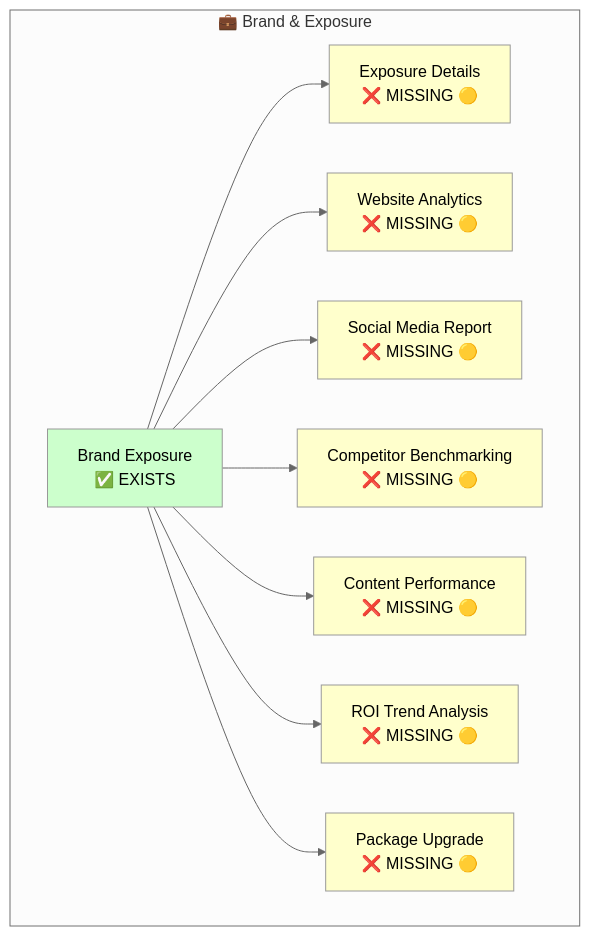
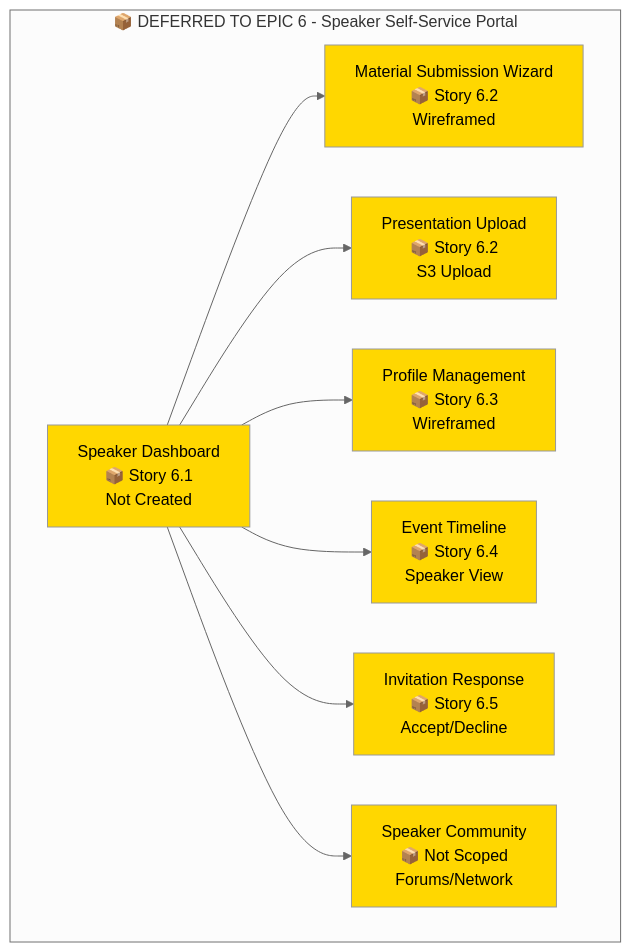
One commit to nissimbuchs/BATbern2 changed diagram 12 of 28 in docs/wireframes/sitemap-mermaid.md. Above: the diagram before and after it, drawn with Mermaid (neutral theme). The commit also changed other lines of this file and 1008 other files, not shown here.

````diff
--- a/docs/wireframes/sitemap-mermaid.md
+++ b/docs/wireframes/sitemap-mermaid.md
@@ -305,30 +392,27 @@
 ```mermaid
 graph TB
-    subgraph "💼 Brand & Exposure"
-        BrandExp[Brand Exposure<br/>✅ EXISTS]
-        ExposureDetail[Exposure Details<br/>❌ MISSING 🟡]
-        WebAnalytics[Website Analytics<br/>❌ MISSING 🟡]
-        SocialReport[Social Media Report<br/>❌ MISSING 🟡]
-        Competitor[Competitor Benchmarking<br/>❌ MISSING 🟡]
-        ContentPerf[Content Performance<br/>❌ MISSING 🟡]
-        ROITrend[ROI Trend Analysis<br/>❌ MISSING 🟡]
-        PackageUpgrade[Package Upgrade<br/>❌ MISSING 🟡]
+    subgraph "📦 DEFERRED TO EPIC 6 - Speaker Self-Service Portal"
+        SpeakerDash[Speaker Dashboard<br/>📦 Story 6.1<br/>Not Created]
+        MatWizard[Material Submission Wizard<br/>📦 Story 6.2<br/>Wireframed]
+        PresUpload[Presentation Upload<br/>📦 Story 6.2<br/>S3 Upload]
+        ProfileMgmt[Profile Management<br/>📦 Story 6.3<br/>Wireframed]
+        Timeline[Event Timeline<br/>📦 Story 6.4<br/>Speaker View]
+        InviteResp[Invitation Response<br/>📦 Story 6.5<br/>Accept/Decline]
+        Community[Speaker Community<br/>📦 Not Scoped<br/>Forums/Network]
     end
 
-    BrandExp --> ExposureDetail
-    BrandExp --> WebAnalytics
-    BrandExp --> SocialReport
-    BrandExp --> Competitor
-    BrandExp --> ContentPerf
-    BrandExp --> ROITrend
-    BrandExp --> PackageUpgrade
+    SpeakerDash --> MatWizard
+    SpeakerDash --> PresUpload
+    SpeakerDash --> ProfileMgmt
+    SpeakerDash --> Timeline
+    SpeakerDash --> InviteResp
+    SpeakerDash --> Community
 
-    style BrandExp fill:#ccffcc
-    style ExposureDetail fill:#ffffcc
-    style WebAnalytics fill:#ffffcc
-    style SocialReport fill:#ffffcc
-    style Competitor fill:#ffffcc
-    style ContentPerf fill:#ffffcc
-    style ROITrend fill:#ffffcc
-    style PackageUpgrade fill:#ffffcc
+    style SpeakerDash fill:#FFD700
+    style MatWizard fill:#FFD700
+    style PresUpload fill:#FFD700
+    style ProfileMgmt fill:#FFD700
+    style Timeline fill:#FFD700
+    style InviteResp fill:#FFD700
+    style Community fill:#FFD700
 ```
````
